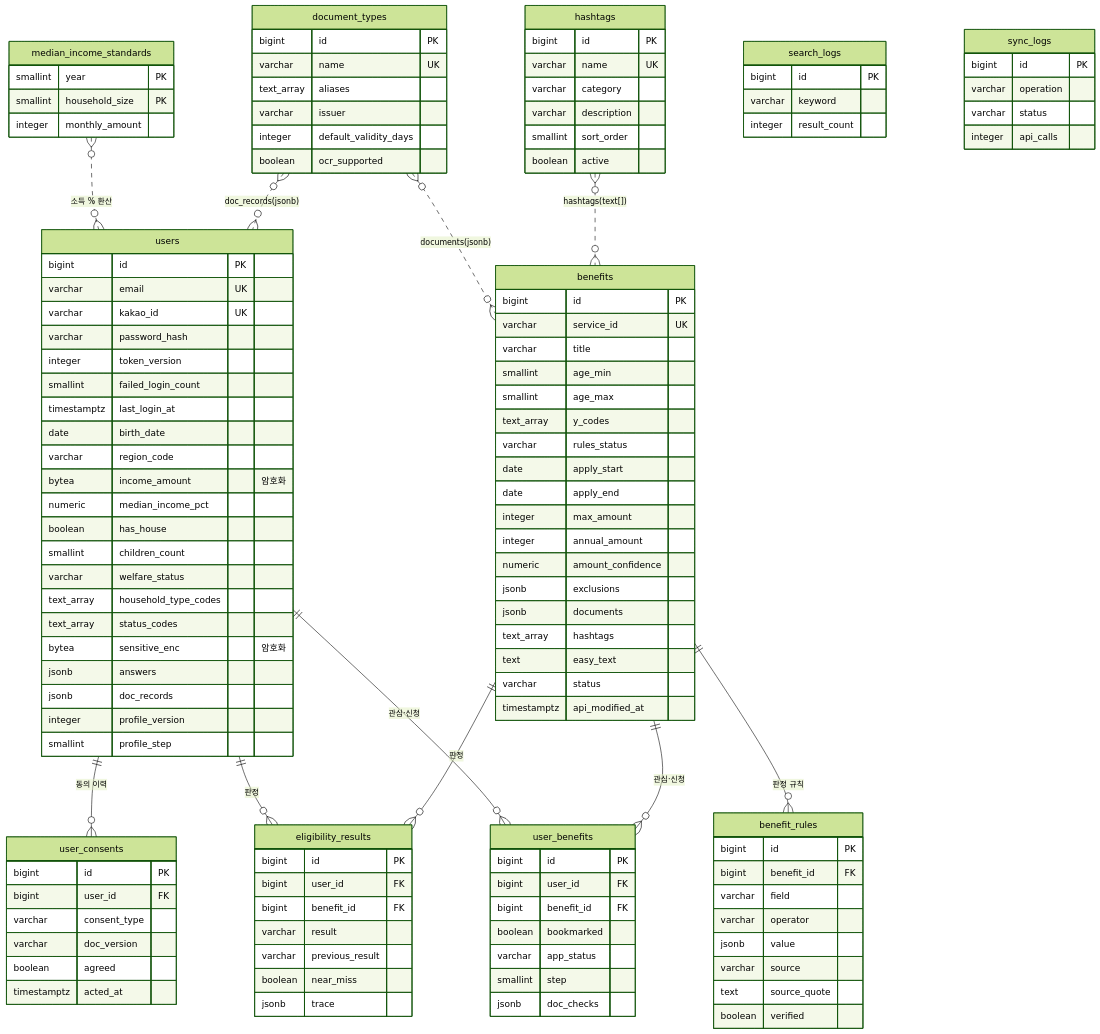
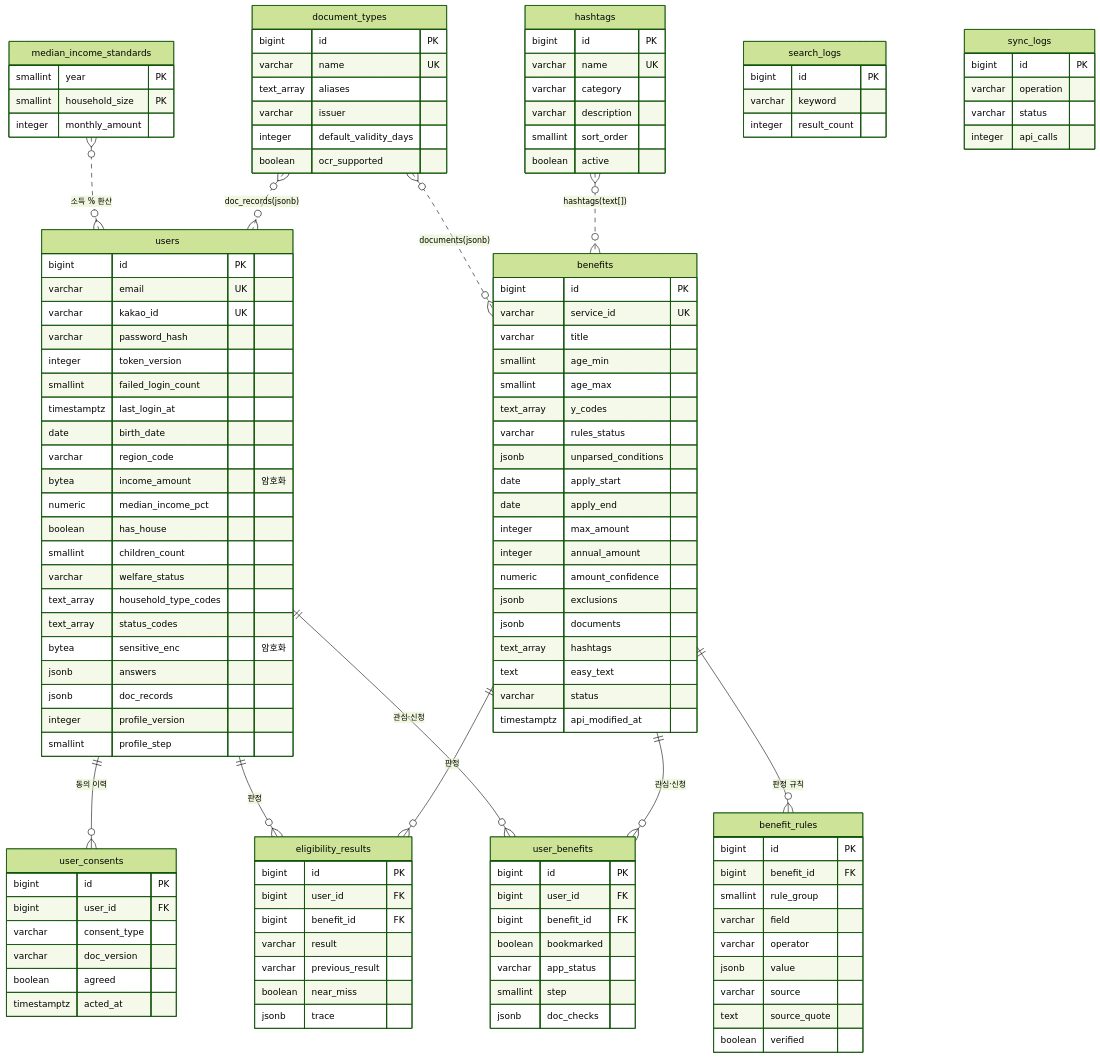
Before and after one commit to JavaSpring-TeamB/bokdeongi: the diagram in docs/erd.mmd, drawn with Mermaid (forest theme). The commit also changed 8 other files, not shown here.

```diff
--- a/docs/erd.mmd
+++ b/docs/erd.mmd
@@ -1,123 +1,125 @@
 erDiagram
     users ||--o{ user_consents : "동의 이력"
     users ||--o{ eligibility_results : "판정"
     benefits ||--o{ eligibility_results : "판정"
     users ||--o{ user_benefits : "관심·신청"
     benefits ||--o{ user_benefits : "관심·신청"
     benefits ||--o{ benefit_rules : "판정 규칙"
     median_income_standards }o..o{ users : "소득 % 환산"
     document_types }o..o{ benefits : "documents(jsonb)"
     document_types }o..o{ users : "doc_records(jsonb)"
     hashtags }o..o{ benefits : "hashtags(text[])"
 
     users {
         bigint id PK
         varchar email UK
         varchar kakao_id UK
         varchar password_hash
         integer token_version
         smallint failed_login_count
         timestamptz last_login_at
         date birth_date
         varchar region_code
         bytea income_amount "암호화"
         numeric median_income_pct
         boolean has_house
         smallint children_count
         varchar welfare_status
         text_array household_type_codes
         text_array status_codes
         bytea sensitive_enc "암호화"
         jsonb answers
         jsonb doc_records
         integer profile_version
         smallint profile_step
     }
     user_consents {
         bigint id PK
         bigint user_id FK
         varchar consent_type
         varchar doc_version
         boolean agreed
         timestamptz acted_at
     }
     median_income_standards {
         smallint year PK
         smallint household_size PK
         integer monthly_amount
     }
     benefits {
         bigint id PK
         varchar service_id UK
         varchar title
         smallint age_min
         smallint age_max
         text_array y_codes
         varchar rules_status
+        jsonb unparsed_conditions
         date apply_start
         date apply_end
         integer max_amount
         integer annual_amount
         numeric amount_confidence
         jsonb exclusions
         jsonb documents
         text_array hashtags
         text easy_text
         varchar status
         timestamptz api_modified_at
     }
     benefit_rules {
         bigint id PK
         bigint benefit_id FK
+        smallint rule_group
         varchar field
         varchar operator
         jsonb value
         varchar source
         text source_quote
         boolean verified
     }
     eligibility_results {
         bigint id PK
         bigint user_id FK
         bigint benefit_id FK
         varchar result
         varchar previous_result
         boolean near_miss
         jsonb trace
     }
     user_benefits {
         bigint id PK
         bigint user_id FK
         bigint benefit_id FK
         boolean bookmarked
         varchar app_status
         smallint step
         jsonb doc_checks
     }
     document_types {
         bigint id PK
         varchar name UK
         text_array aliases
         varchar issuer
         integer default_validity_days
         boolean ocr_supported
     }
     hashtags {
         bigint id PK
         varchar name UK
         varchar category
         varchar description
         smallint sort_order
         boolean active
     }
     search_logs {
         bigint id PK
         varchar keyword
         integer result_count
     }
     sync_logs {
         bigint id PK
         varchar operation
         varchar status
         integer api_calls
     }
```
